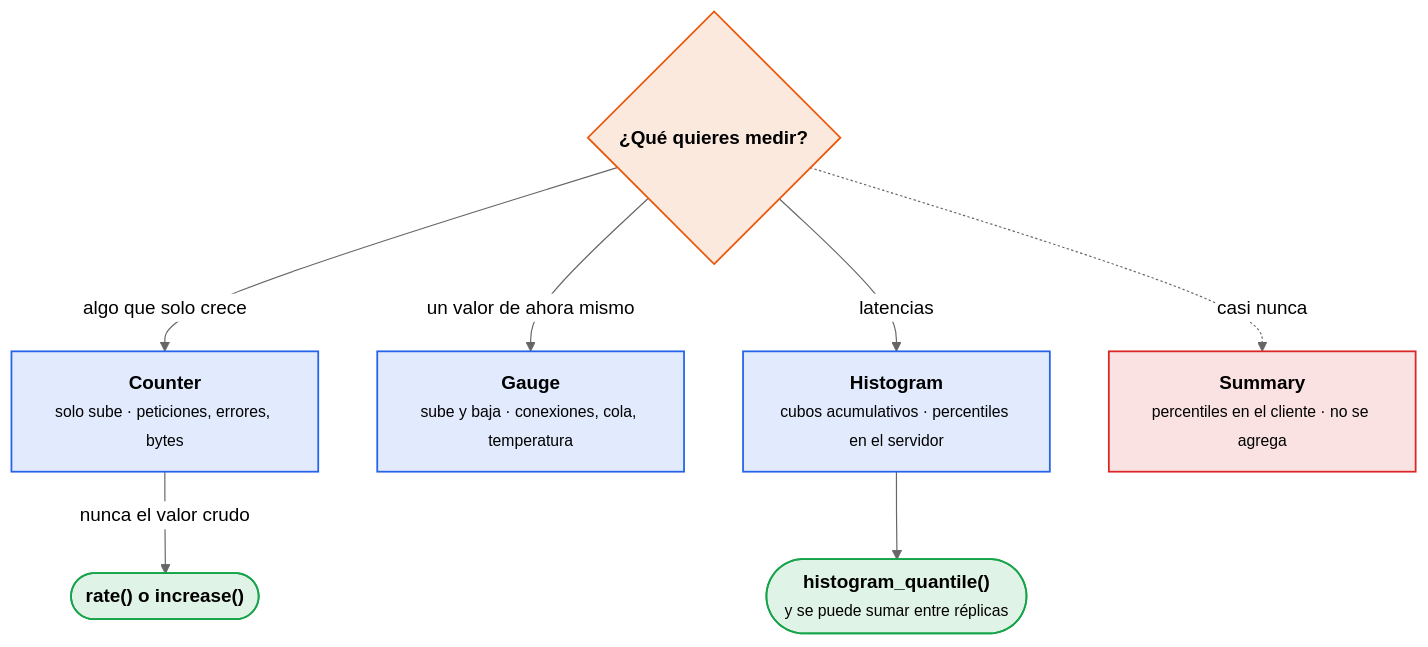
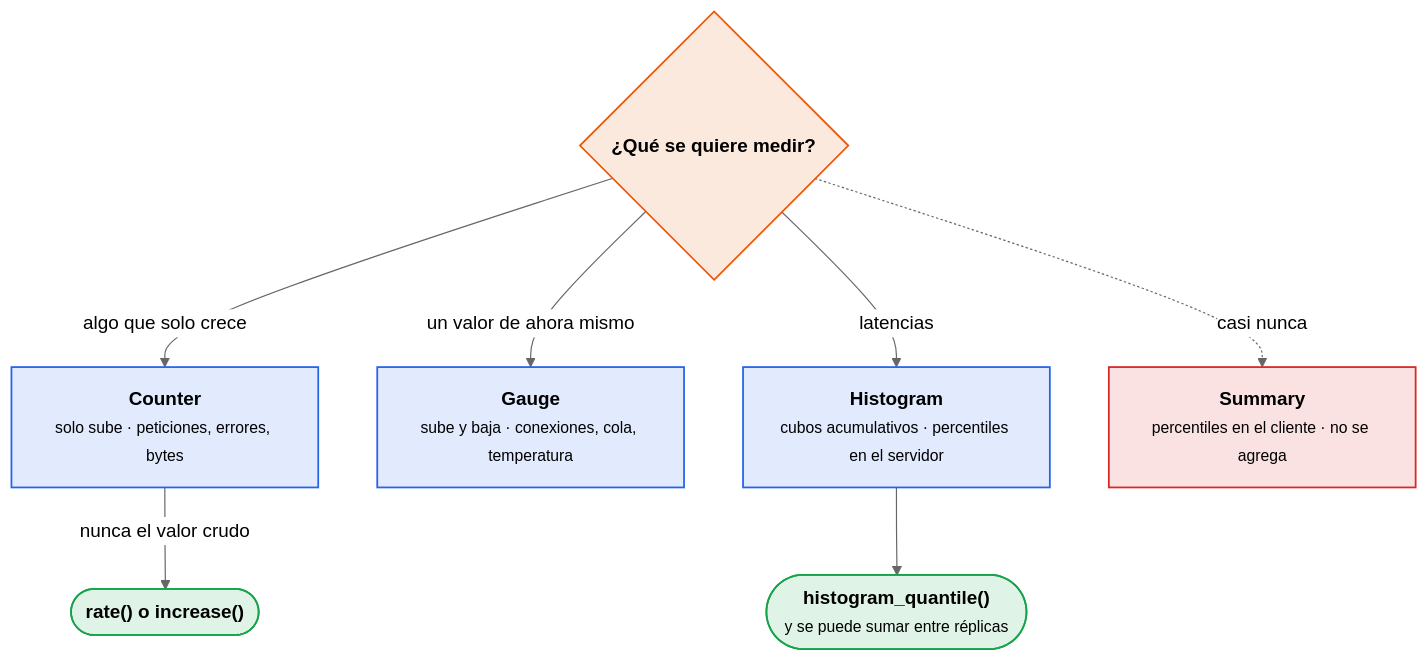
Before and after one commit to victor-educ/apuntes-5169: the fifth of 8 diagrams in docs/ut/ut1-observabilidad.md, drawn with Mermaid (neutral theme). The commit also changed other lines of this file and 16 other files, not shown here.

````diff
--- a/docs/ut/ut1-observabilidad.md
+++ b/docs/ut/ut1-observabilidad.md
@@ -439,20 +473,20 @@
 ```mermaid
 flowchart TB
-    Q{"<b>¿Qué quieres medir?</b>"}:::act
+    Q{"<b>¿Qué se quiere medir?</b>"}:::act
     C["<b>Counter</b><br><small>solo sube · peticiones, errores, bytes</small>"]:::dato
     G["<b>Gauge</b><br><small>sube y baja · conexiones, cola, temperatura</small>"]:::dato
     H["<b>Histogram</b><br><small>cubos acumulativos · percentiles en el servidor</small>"]:::dato
     S["<b>Summary</b><br><small>percentiles en el cliente · no se agrega</small>"]:::riesgo
     Q -- "algo que solo crece" --> C
     Q -- "un valor de ahora mismo" --> G
     Q -- "latencias" --> H
     Q -. "casi nunca" .-> S
     C -- "nunca el valor crudo" --> R(["<b>rate() o increase()</b>"]):::ok
     H --> P(["<b>histogram_quantile()</b><br><small>y se puede sumar entre réplicas</small>"]):::ok
     classDef act fill:#ea580c22,stroke:#ea580c,stroke-width:1.5px
     classDef pieza fill:#64748b22,stroke:#64748b,stroke-width:1.5px
     classDef dato fill:#2563eb22,stroke:#2563eb,stroke-width:1.5px
     classDef infra fill:#a1a1aa14,stroke:#a1a1aa,stroke-width:1.5px
     classDef ok fill:#16a34a22,stroke:#16a34a,stroke-width:1.5px
     classDef riesgo fill:#dc262622,stroke:#dc2626,stroke-width:1.5px
 ```
````
